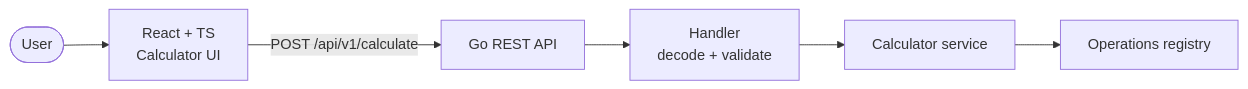
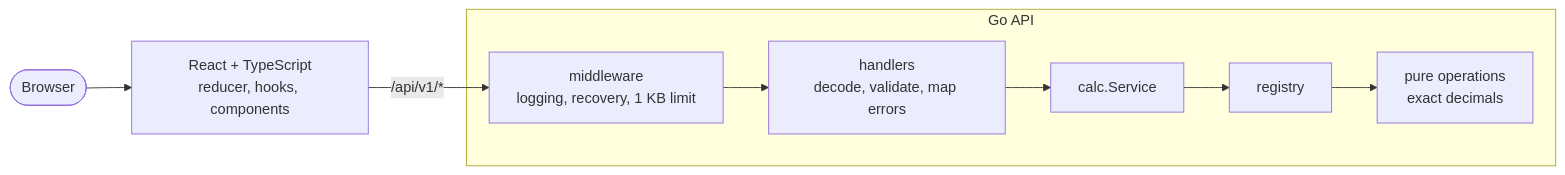
Before and after one commit to Valentina17varela/calculator-sz: the second of 2 diagrams in README.md, drawn with Mermaid. The commit also changed other lines of this file and 25 other files, not shown here.

````diff
--- a/README.md
+++ b/README.md
@@ -61,8 +58,11 @@
 ```mermaid
 flowchart LR
-    U([User]) --> FE["React + TS<br/>Calculator UI"]
-    FE -->|"POST /api/v1/calculate"| API["Go REST API"]
-    API --> H["Handler<br/>decode + validate"]
-    H --> S["Calculator service"]
-    S --> R["Operations registry"]
+    U(["Browser"]) --> FE["React + TypeScript<br/>reducer, hooks, components"]
+    FE -->|"/api/v1/*"| MW["middleware<br/>logging, recovery, 1 KB limit"]
+    subgraph API ["Go API"]
+        MW --> H["handlers<br/>decode, validate, map errors"]
+        H --> S["calc.Service"]
+        S --> R["registry"]
+        R --> O["pure operations<br/>exact decimals"]
+    end
 ```
````
